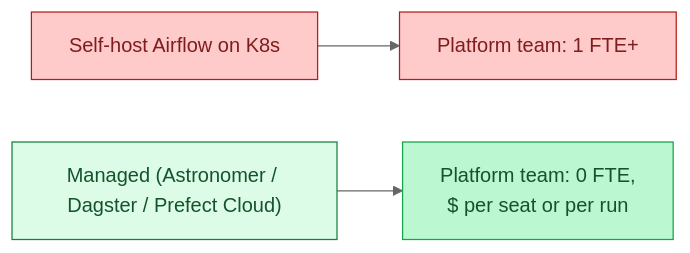
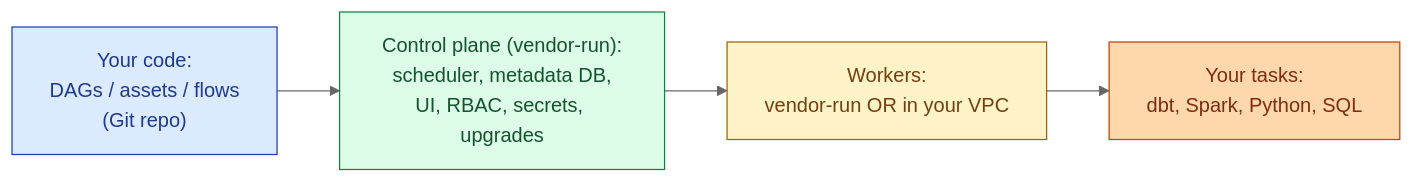
One commit to shiningflash/shiningflash.github.io changed the first of 4 diagrams in _de_concepts/075-managed-orchestration.md. Above: the diagram before and after it, drawn with Mermaid (neutral theme). The commit also changed other lines of this file and 69 other files, not shown here.

````diff
--- a/_de_concepts/075-managed-orchestration.md
+++ b/_de_concepts/075-managed-orchestration.md
@@ -19,10 +16,12 @@
 ```mermaid
 flowchart LR
-    Self["Self-host Airflow on K8s"]:::r --> Cost1["Platform team: 1 FTE+"]:::bad
-    Mng["Managed (Astronomer / Dagster / Prefect Cloud)"]:::g --> Cost2["Platform team: 0 FTE,<br/>$ per seat or per run"]:::ok
+    You["Your code:<br/>DAGs / assets / flows<br/>(Git repo)"]:::a
+    You --> Plane["Control plane (vendor-run):<br/>scheduler, metadata DB,<br/>UI, RBAC, secrets, upgrades"]:::g
+    Plane --> Workers["Workers:<br/>vendor-run OR in your VPC"]:::y
+    Workers --> Tasks["Your tasks:<br/>dbt, Spark, Python, SQL"]:::b
 
-    classDef r fill:#fecaca,stroke:#b91c1c,color:#7f1d1d
+    classDef a fill:#dbeafe,stroke:#1e40af,color:#1e3a8a
     classDef g fill:#dcfce7,stroke:#15803d,color:#14532d
-    classDef bad fill:#fecaca,stroke:#b91c1c,color:#7f1d1d
-    classDef ok fill:#bbf7d0,stroke:#16a34a,color:#14532d
+    classDef y fill:#fef3c7,stroke:#a16207,color:#713f12
+    classDef b fill:#fed7aa,stroke:#c2410c,color:#7c2d12
 ```
````
